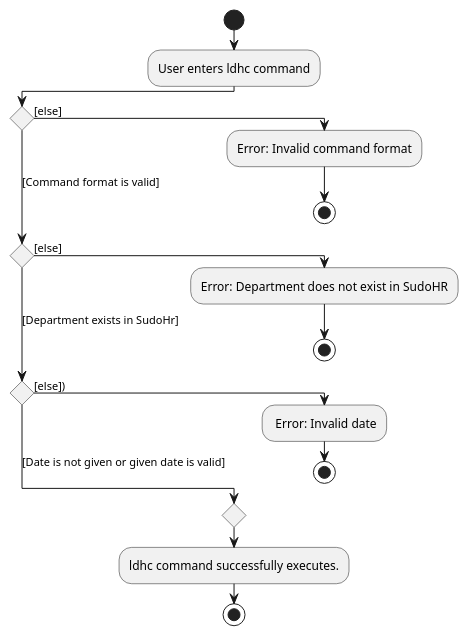
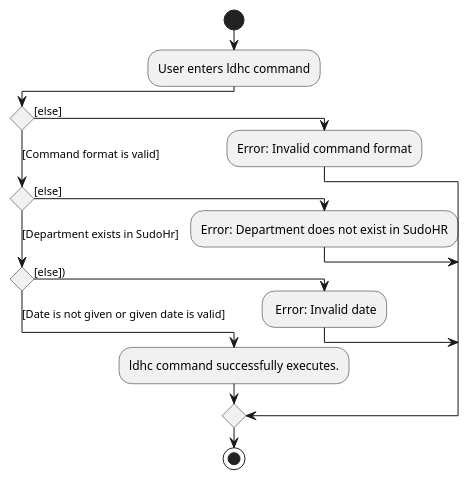
Before and after one commit to nus-cs2103-AY2223S2/tp: the diagram in docs/diagrams/commands/department/ListDepartmentHeadcountActivityDiagram.puml, drawn with PlantUML.

Commit message:
Update ldhc activity diagram

```diff
--- a/docs/diagrams/commands/department/ListDepartmentHeadcountActivityDiagram.puml
+++ b/docs/diagrams/commands/department/ListDepartmentHeadcountActivityDiagram.puml
@@ -1,22 +1,16 @@
 @startuml
 !pragma useVerticalIf on
 start
 :User enters ldhc command;
 if () then ([else])
   :Error: Invalid command format;
-  stop
 ([Command format is valid])elseif () then ([else])
   :Error: Department does not exist in SudoHR;
-   stop
-
 ([Department exists in SudoHr]) elseif () then ([else]))
     : Error: Invalid date;
-    stop
 else ([Date is not given or given date is valid])
-
-
+    :ldhc command successfully executes.;
 endif
-  :ldhc command successfully executes.;
 stop
 
 @enduml
```
